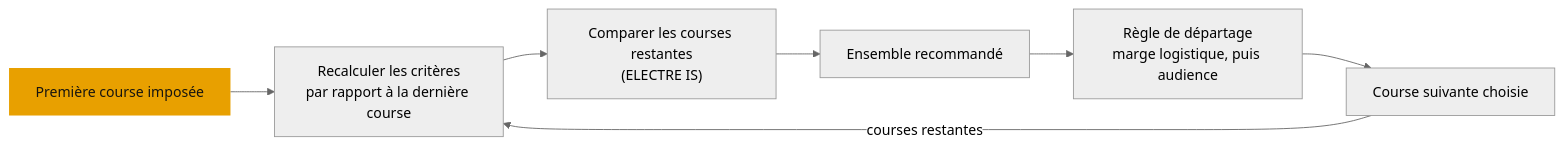
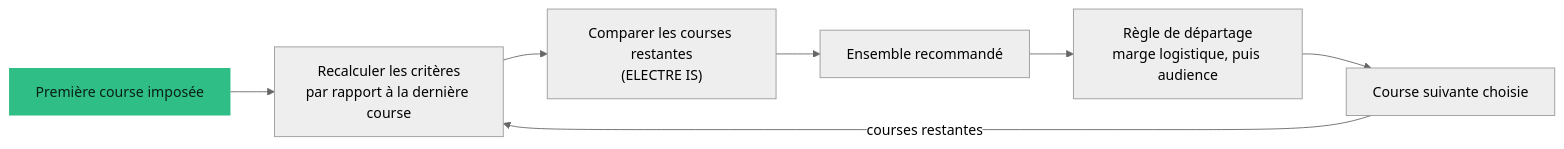
One commit to aemane-m/mon-portfolio changed the diagram in src/content/projects-fr/f1-electre.mdx. Above: the diagram before and after it, drawn with Mermaid (neutral theme). The commit also changed 162 other files, not shown here.

Commit message:
feat: green accent everywhere (tokens, diagrams, share images, icons), table headers in accent

````diff
--- a/src/content/projects-fr/f1-electre.mdx
+++ b/src/content/projects-fr/f1-electre.mdx
@@ -35,10 +35,10 @@
 ```mermaid
 flowchart LR
   A["Première course imposée"]:::accent --> B["Recalculer les critères<br/>par rapport à la dernière course"]
   B --> C["Comparer les courses restantes<br/>(ELECTRE IS)"]
   C --> D["Ensemble recommandé"]
   D --> E["Règle de départage<br/>marge logistique, puis audience"]
   E --> F["Course suivante choisie"]
   F -->|"courses restantes"| B
-  classDef accent fill:#e8a000,color:#17150f,stroke:none
+  classDef accent fill:#2fbf86,color:#0a1f15,stroke:none
 ```
````
